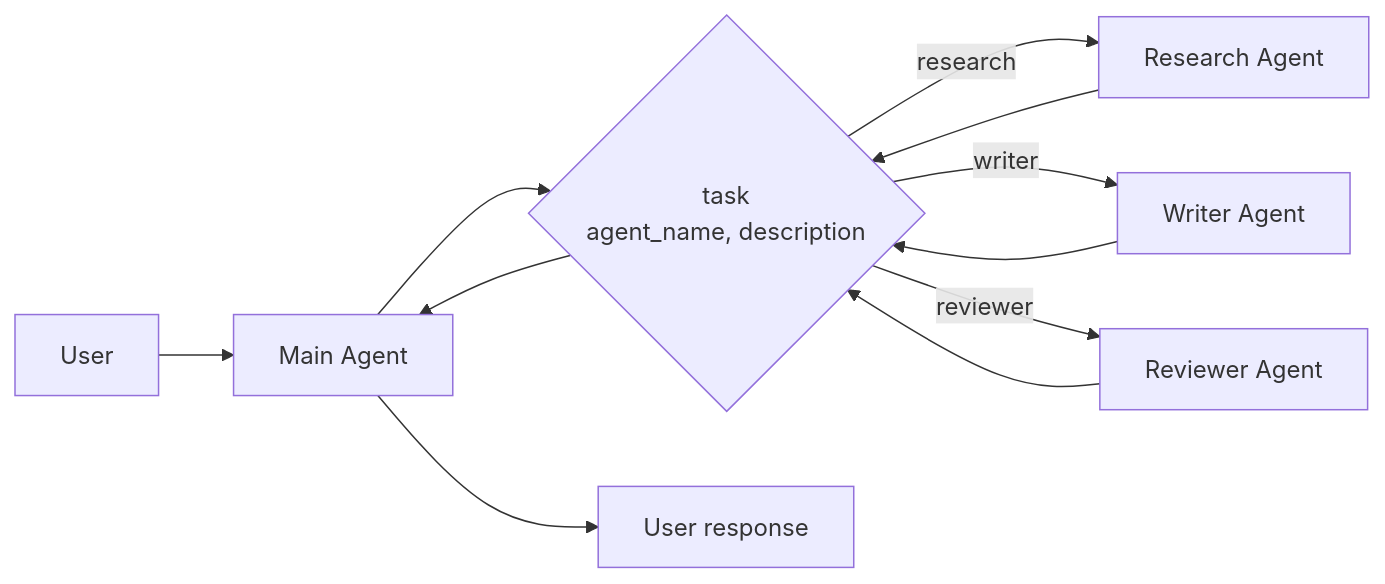
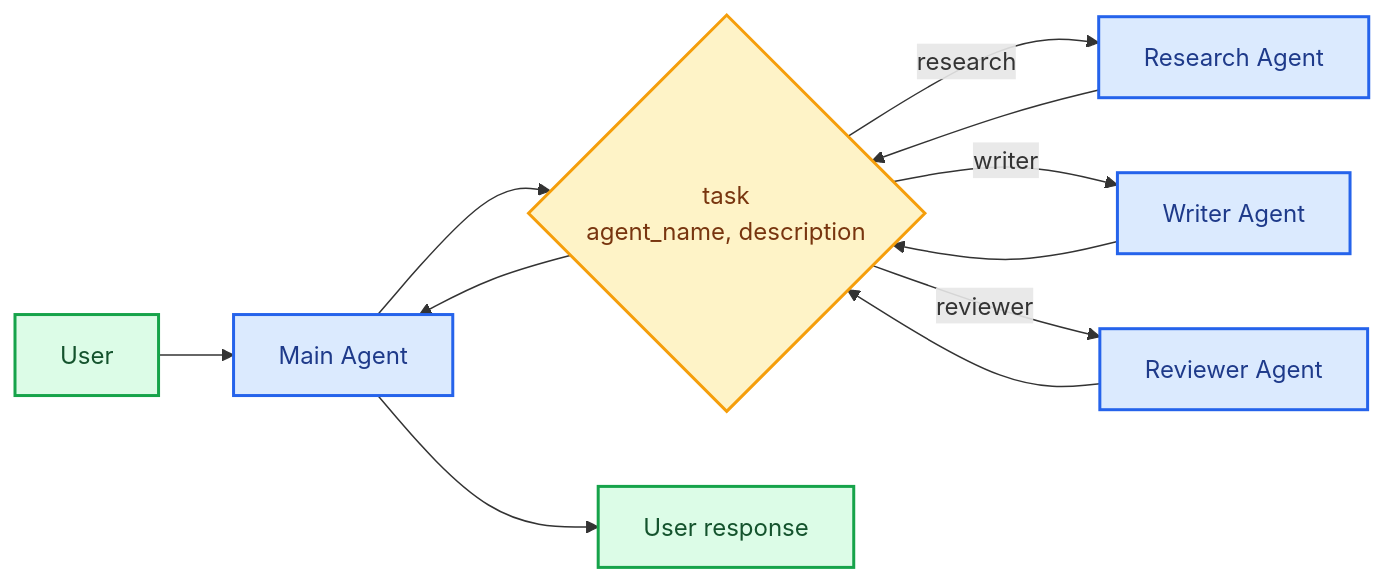
Before and after one commit to bansalkanav/docs: the fifth of 5 diagrams in build/oss/javascript/langchain/multi-agent/subagents.mdx, drawn with Mermaid. The commit also changed other lines of this file and 2887 other files, not shown here.

````diff
--- a/build/oss/javascript/langchain/multi-agent/subagents.mdx
+++ b/build/oss/javascript/langchain/multi-agent/subagents.mdx
@@ -244,13 +252,21 @@
 ```mermaid
 graph LR
     A[User] --> B[Main Agent]
     B --> C{task<br/>agent_name, description}
     C -->|research| D[Research Agent]
     C -->|writer| E[Writer Agent]
     C -->|reviewer| F[Reviewer Agent]
     D --> C
     E --> C
     F --> C
     C --> B
     B --> G[User response]
+
+    classDef trigger fill:#DCFCE7,stroke:#16A34A,stroke-width:2px,color:#14532D
+    classDef process fill:#DBEAFE,stroke:#2563EB,stroke-width:2px,color:#1E3A8A
+    classDef decision fill:#FEF3C7,stroke:#F59E0B,stroke-width:2px,color:#78350F
+
+    class A,G trigger
+    class B,D,E,F process
+    class C decision
 ```
````
